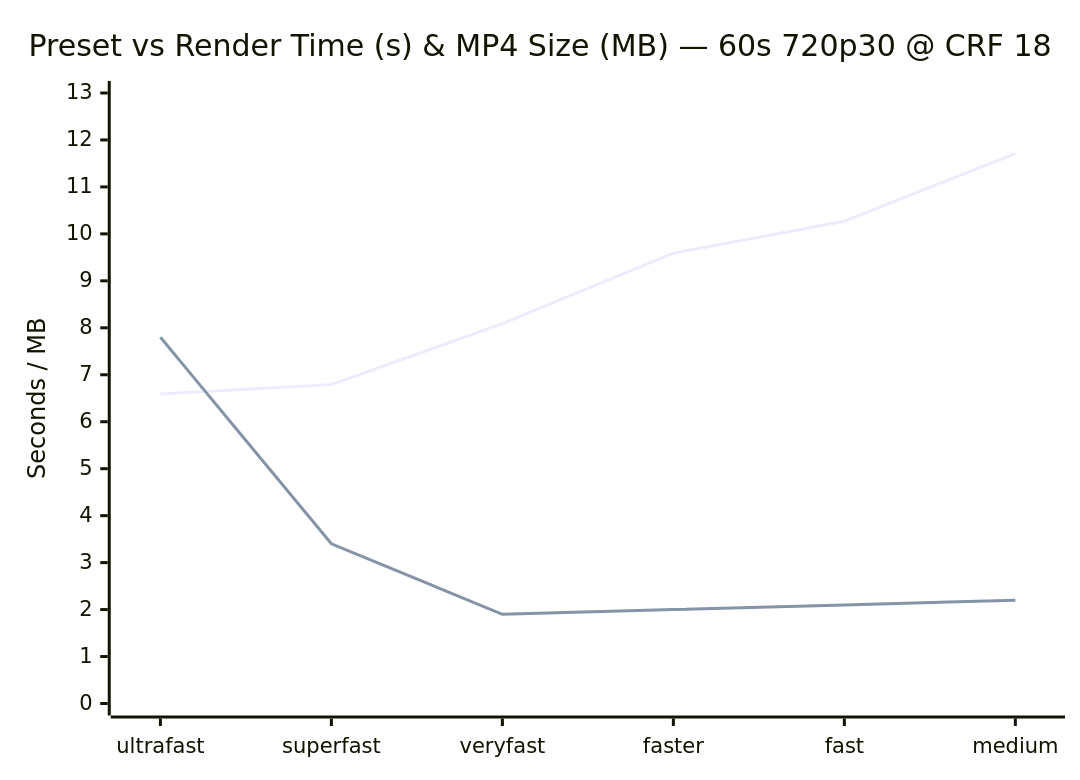
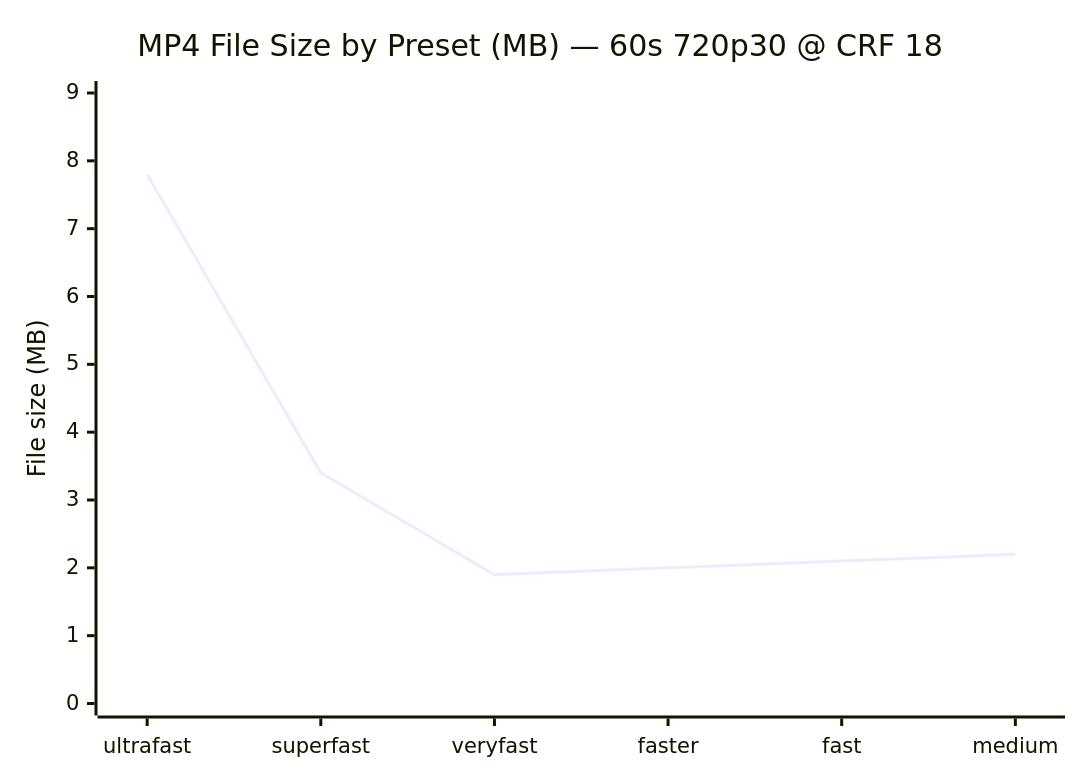
One commit to sharriffajar/rustren changed the second of 2 diagrams in README.md. Above: the diagram before and after it, drawn with Mermaid. The commit also changed other lines of this file, not shown here.

Commit message:
docs(readme): split preset curve into two separate line charts with correct units

````diff
--- a/README.md
+++ b/README.md
@@ -33,8 +49,7 @@
 ```mermaid
 xychart-beta
-    title "Preset vs Render Time (s) & MP4 Size (MB) — 60s 720p30 @ CRF 18"
+    title "MP4 File Size by Preset (MB) — 60s 720p30 @ CRF 18"
     x-axis [ultrafast, superfast, veryfast, faster, fast, medium]
-    y-axis "Seconds / MB" 0 --> 13
-    line [6.59, 6.79, 8.09, 9.59, 10.27, 11.71]
+    y-axis "File size (MB)" 0 --> 9
     line [7.8, 3.4, 1.9, 2.0, 2.1, 2.2]
 ```
````
